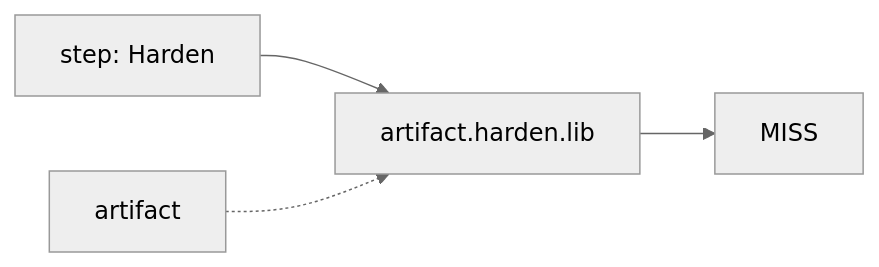
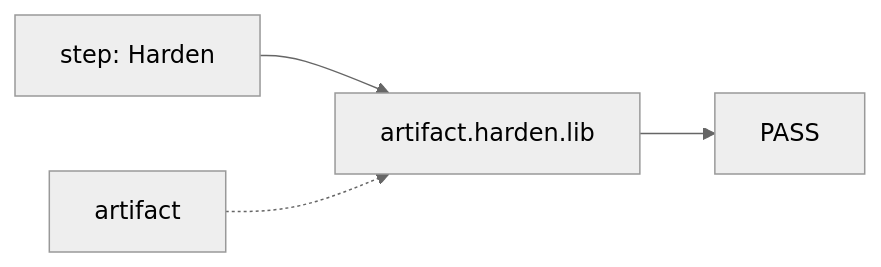
Diagram 21 of 56 in .github/signoff-board/signoff-kanban.md (openecos-projects/ecc), drawn with Mermaid (neutral theme) before and after one commit. The commit also changed other lines of this file and 1 other file, not shown here.

````diff
--- a/.github/signoff-board/signoff-kanban.md
+++ b/.github/signoff-board/signoff-kanban.md
@@ -522,6 +532,6 @@
 ```mermaid
 flowchart LR
   step_artifact_harden_lib["step: Harden"] --> metric_artifact_harden_lib["artifact.harden.lib"]
-  metric_artifact_harden_lib --> state_artifact_harden_lib["MISS"]
+  metric_artifact_harden_lib --> state_artifact_harden_lib["PASS"]
   cat_artifact_harden_lib["artifact"] -.-> metric_artifact_harden_lib
 ```
````
